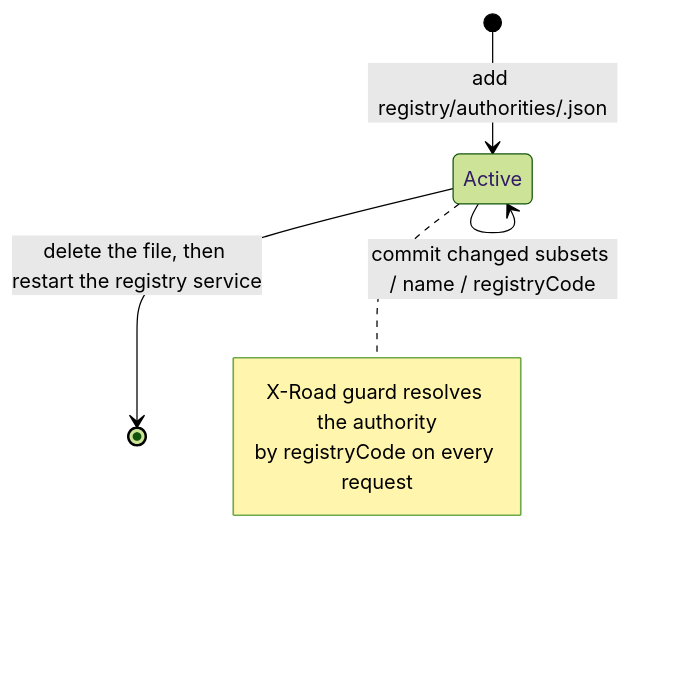
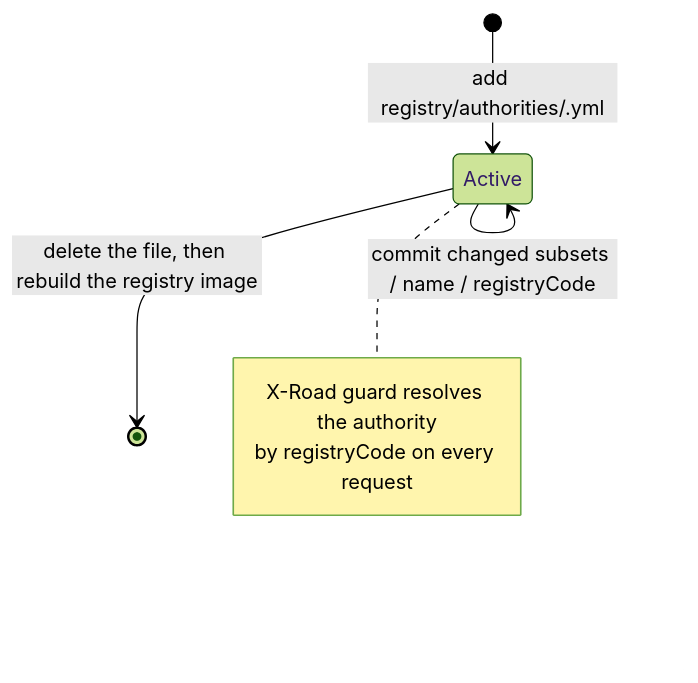
Before and after one commit to kemit-ee/efti-gate-ee: the diagram in docs/architecture/registry-management/authority_registry.md, drawn with Mermaid (forest theme). The commit also changed other lines of this file and 62 other files, not shown here.

Commit message:
convert registry files to yml for better readability; they will be converted to json at build-time

````diff
--- a/docs/architecture/registry-management/authority_registry.md
+++ b/docs/architecture/registry-management/authority_registry.md
@@ -13,10 +14,10 @@
 ```mermaid
 stateDiagram-v2
-    [*] --> Active: add registry/authorities/<id>.json
+    [*] --> Active: add registry/authorities/<id>.yml
     Active --> Active: commit changed subsets / name / registryCode
-    Active --> [*]: delete the file, then restart the registry service
+    Active --> [*]: delete the file, then rebuild the registry image
     note right of Active
         X-Road guard resolves the authority
         by registryCode on every request
     end note
 ```
````
